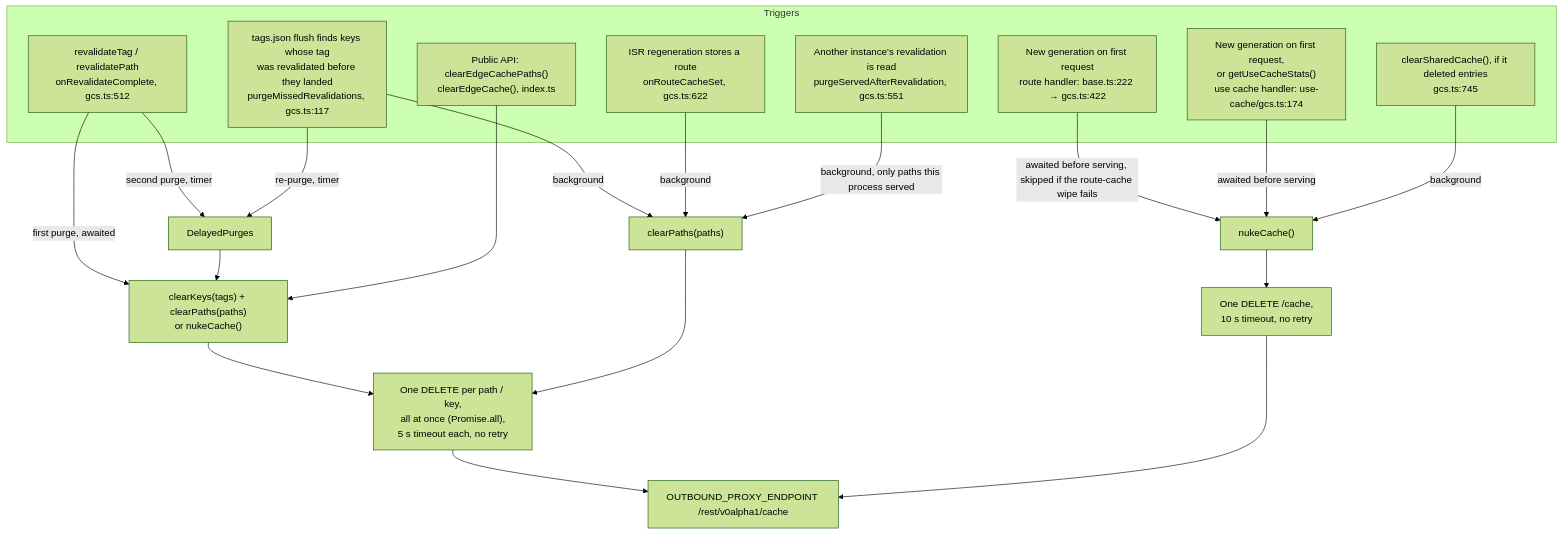
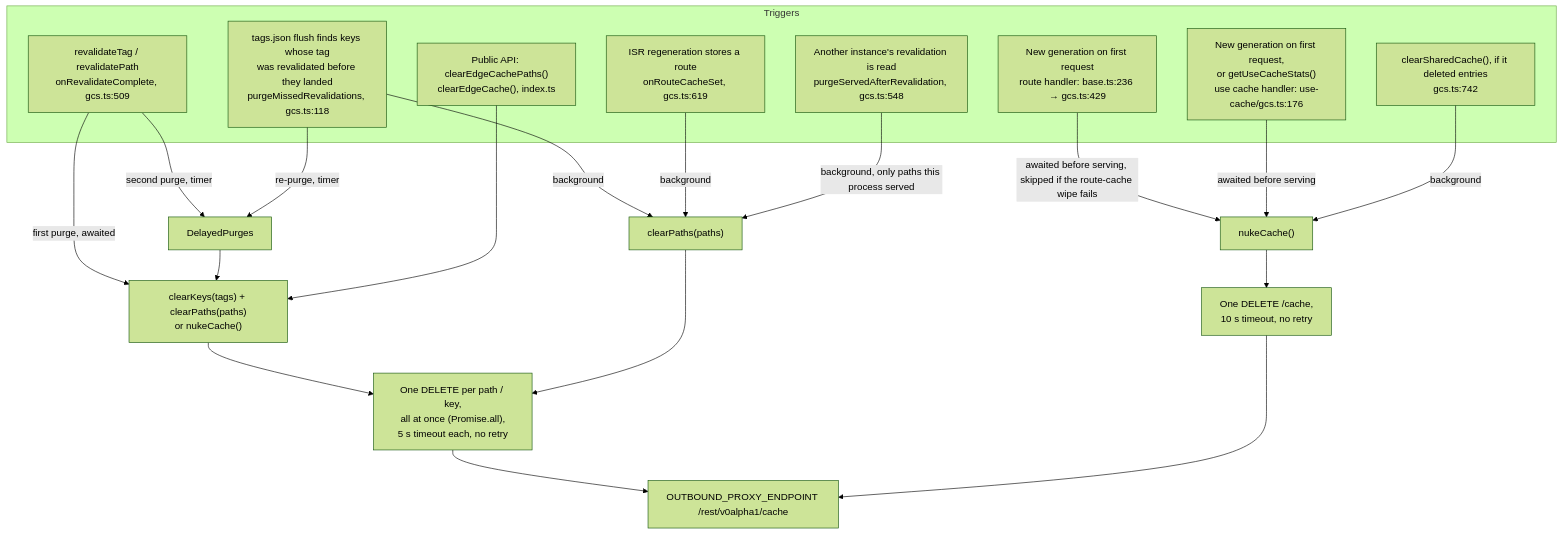
One commit to pantheon-systems/nextjs-cache-handler changed the fourth of 5 diagrams in ARCHITECTURE.md. Above: the diagram before and after it, drawn with Mermaid (forest theme). The commit also changed other lines of this file and 15 other files, not shown here.

Commit message:
SITE-6356: Give colliding cache keys distinct object names, retry the build check when build metadata can't be read, apply Next.js 16 soft revalidations on Next.js 15, and remove the unused clearEdgeCache().

````diff
--- a/ARCHITECTURE.md
+++ b/ARCHITECTURE.md
@@ -200,31 +202,31 @@
 ```mermaid
 flowchart TB
   subgraph triggers["Triggers"]
-    t1["revalidateTag / revalidatePath<br/>onRevalidateComplete, gcs.ts:512"]
-    t2["ISR regeneration stores a route<br/>onRouteCacheSet, gcs.ts:622"]
-    t3["tags.json flush finds keys whose tag<br/>was revalidated before they landed<br/>purgeMissedRevalidations, gcs.ts:117"]
-    t4["New generation on first request<br/>route handler: base.ts:222 → gcs.ts:422"]
-    t5["New generation on first request,<br/>or getUseCacheStats()<br/>use cache handler: use-cache/gcs.ts:174"]
-    t6["clearSharedCache(), if it deleted entries<br/>gcs.ts:745"]
-    t8["Another instance's revalidation is read<br/>purgeServedAfterRevalidation, gcs.ts:551"]
+    t1["revalidateTag / revalidatePath<br/>onRevalidateComplete, gcs.ts:509"]
+    t2["ISR regeneration stores a route<br/>onRouteCacheSet, gcs.ts:619"]
+    t3["tags.json flush finds keys whose tag<br/>was revalidated before they landed<br/>purgeMissedRevalidations, gcs.ts:118"]
+    t4["New generation on first request<br/>route handler: base.ts:236 → gcs.ts:429"]
+    t5["New generation on first request,<br/>or getUseCacheStats()<br/>use cache handler: use-cache/gcs.ts:176"]
+    t6["clearSharedCache(), if it deleted entries<br/>gcs.ts:742"]
+    t8["Another instance's revalidation is read<br/>purgeServedAfterRevalidation, gcs.ts:548"]
     t7["Public API: clearEdgeCachePaths()<br/>clearEdgeCache(), index.ts"]
   end
 
   t1 -- "first purge, awaited" --> keysPaths["clearKeys(tags) + clearPaths(paths)<br/>or nukeCache()"]
   t1 -- "second purge, timer" --> dp[DelayedPurges]
   t3 -- "background" --> paths1["clearPaths(paths)"]
   t3 -- "re-purge, timer" --> dp
   dp --> keysPaths
   t2 -- "background" --> paths1
   t4 -- "awaited before serving, skipped if the route-cache wipe fails" --> nuke["nukeCache()"]
   t5 -- "awaited before serving" --> nuke
   t6 -- "background" --> nuke
   t7 --> keysPaths
   t8 -- "background, only paths this process served" --> paths1
 
   keysPaths --> fan["One DELETE per path / key,<br/>all at once (Promise.all),<br/>5 s timeout each, no retry"]
   paths1 --> fan
   nuke --> one["One DELETE /cache,<br/>10 s timeout, no retry"]
   fan --> proxy[OUTBOUND_PROXY_ENDPOINT /rest/v0alpha1/cache]
   one --> proxy
 ```
````
